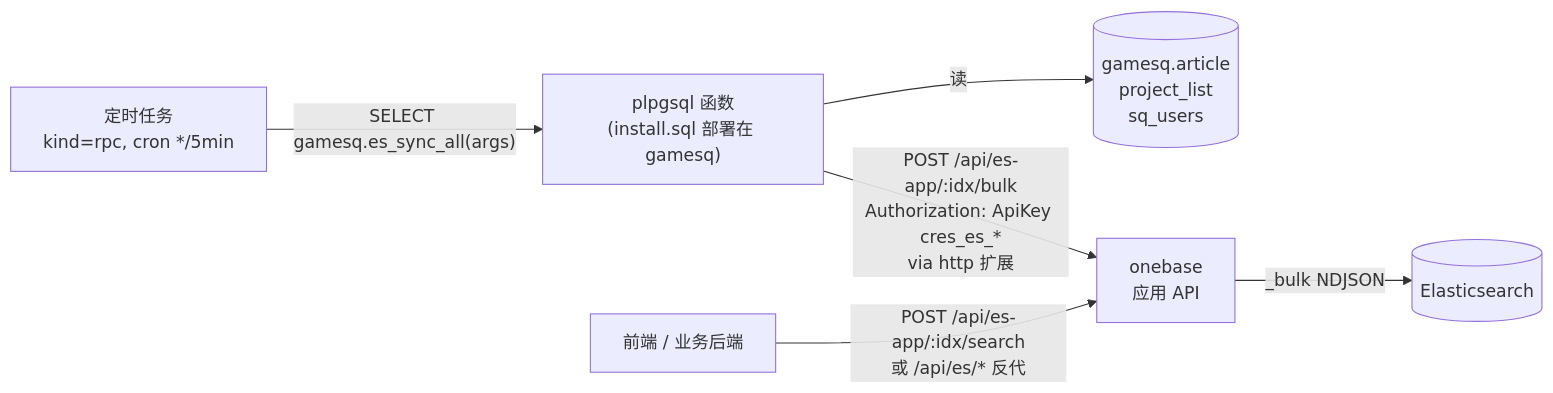
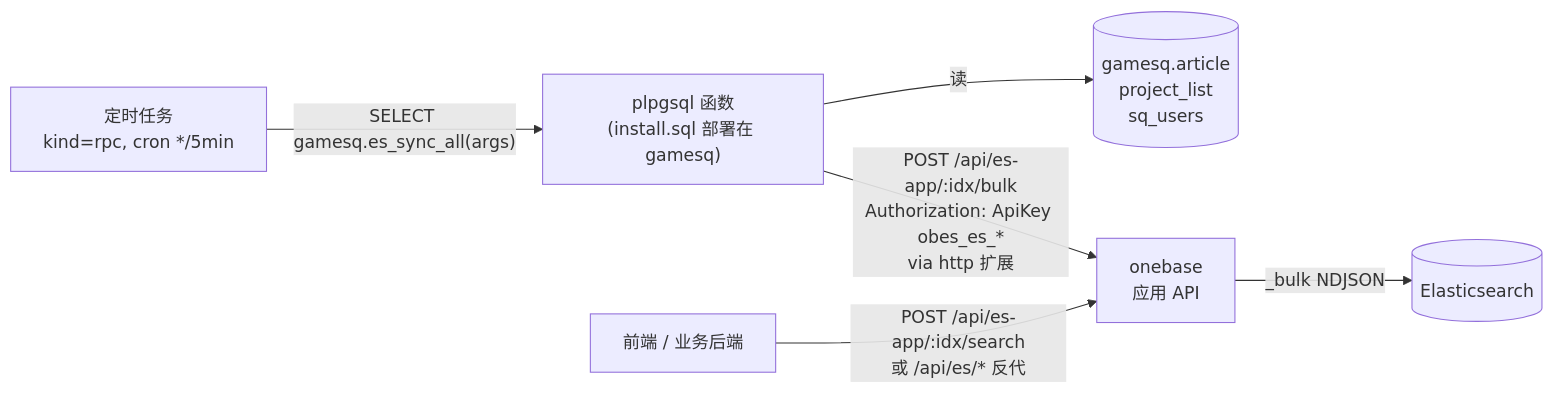
Before and after one commit to happyworl-cyber/onebase: the diagram in docs/acme-es-sync/README.md, drawn with Mermaid. The commit also changed other lines of this file and 61 other files, not shown here.

````diff
--- a/docs/acme-es-sync/README.md
+++ b/docs/acme-es-sync/README.md
@@ -7,8 +7,8 @@
 ```mermaid
 flowchart LR
   ST["定时任务<br/>kind=rpc, cron */5min"] -->|"SELECT gamesq.es_sync_all(args)"| FN["plpgsql 函数<br/>(install.sql 部署在 gamesq)"]
   FN -->|"读"| PG[("gamesq.article<br/>project_list<br/>sq_users")]
-  FN -->|"POST /api/es-app/:idx/bulk<br/>Authorization: ApiKey cres_es_*<br/>via http 扩展"| CR["onebase<br/>应用 API"]
+  FN -->|"POST /api/es-app/:idx/bulk<br/>Authorization: ApiKey obes_es_*<br/>via http 扩展"| CR["onebase<br/>应用 API"]
   CR -->|"_bulk NDJSON"| ES[("Elasticsearch")]
   FE["前端 / 业务后端"] -->|"POST /api/es-app/:idx/search<br/>或 /api/es/* 反代"| CR
 ```
````
